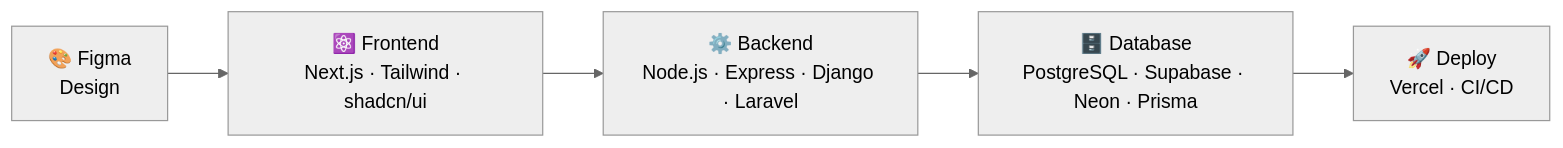
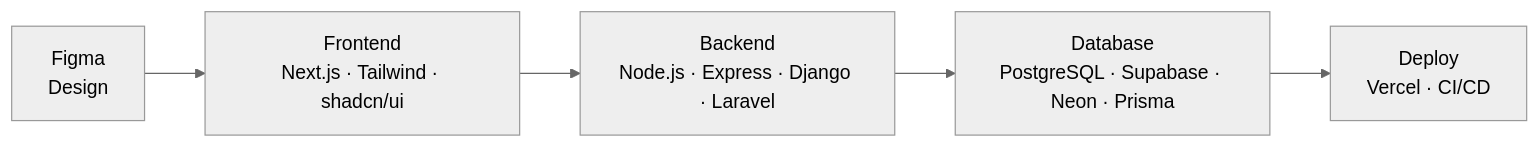
The first of 2 diagrams in README.md (Gladiarn/Gladiarn), drawn with Mermaid (neutral theme) before and after one commit. The commit also changed other lines of this file, not shown here.

````diff
--- a/README.md
+++ b/README.md
@@ -45,7 +45,7 @@
 ```mermaid
 flowchart LR
-    A["🎨 Figma<br/>Design"] --> B["⚛️ Frontend<br/>Next.js · Tailwind · shadcn/ui"]
-    B --> C["⚙️ Backend<br/>Node.js · Express · Django · Laravel"]
-    C --> D["🗄️ Database<br/>PostgreSQL · Supabase · Neon · Prisma"]
-    D --> E["🚀 Deploy<br/>Vercel · CI/CD"]
+    A["Figma<br/>Design"] --> B["Frontend<br/>Next.js · Tailwind · shadcn/ui"]
+    B --> C["Backend<br/>Node.js · Express · Django · Laravel"]
+    C --> D["Database<br/>PostgreSQL · Supabase · Neon · Prisma"]
+    D --> E["Deploy<br/>Vercel · CI/CD"]
 ```
````
